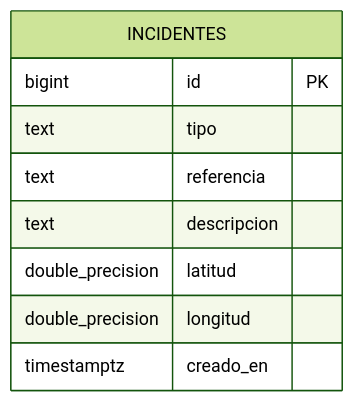
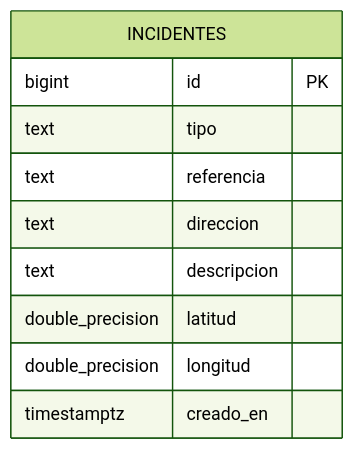
The diagram in docs/diseno-bd.md (paulinacarignani/city-flow), drawn with Mermaid (forest theme) before and after one commit. The commit also changed other lines of this file and 2 other files, not shown here.

Commit message:
Actualizar documentacion de City Flow

````diff
--- a/docs/diseno-bd.md
+++ b/docs/diseno-bd.md
@@ -22,12 +23,13 @@
 ```mermaid
 erDiagram
     INCIDENTES {
         bigint id PK
         text tipo
         text referencia
+        text direccion
         text descripcion
         double_precision latitud
         double_precision longitud
         timestamptz creado_en
     }
 ```
````
